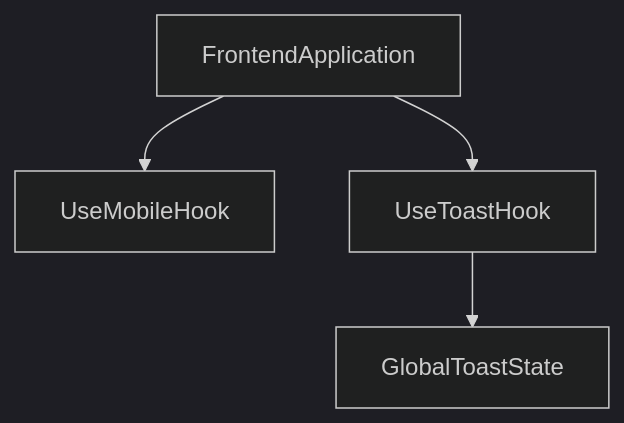
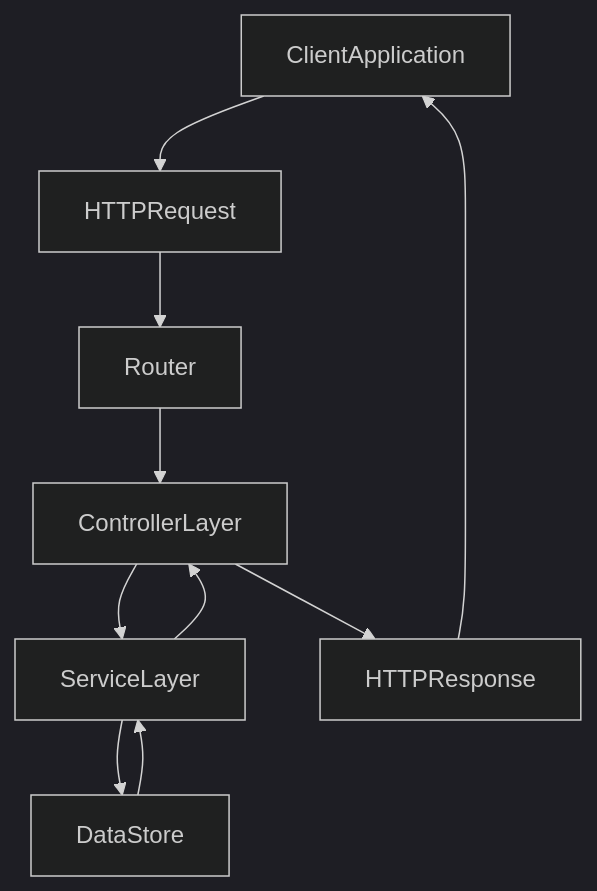
Before and after one commit to quelizlifetech/UltraHand: the diagram in docs/REPOSITORY_OVERVIEW.md, drawn with Mermaid (dark theme). The commit also changed other lines of this file and 2 other files, not shown here.

````diff
--- a/docs/REPOSITORY_OVERVIEW.md
+++ b/docs/REPOSITORY_OVERVIEW.md
@@ -37,6 +50,12 @@
 ```mermaid
 graph TD
-A[FrontendApplication] --> B[UseMobileHook]
-A --> C[UseToastHook]
-C --> D[GlobalToastState]
+Client[ClientApplication] --> HttpRequest[HTTPRequest]
+HttpRequest --> Router[Router]
+Router --> Controller[ControllerLayer]
+Controller --> Service[ServiceLayer]
+Service --> DataStore[DataStore]
+DataStore --> Service
+Service --> Controller
+Controller --> HttpResponse[HTTPResponse]
+HttpResponse --> Client
 ```
````
